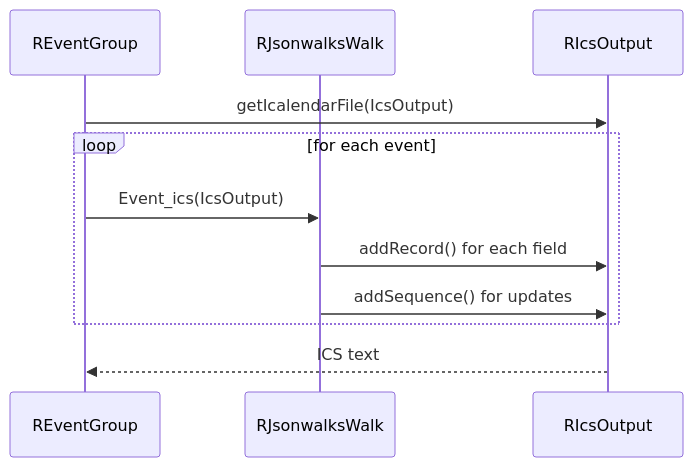
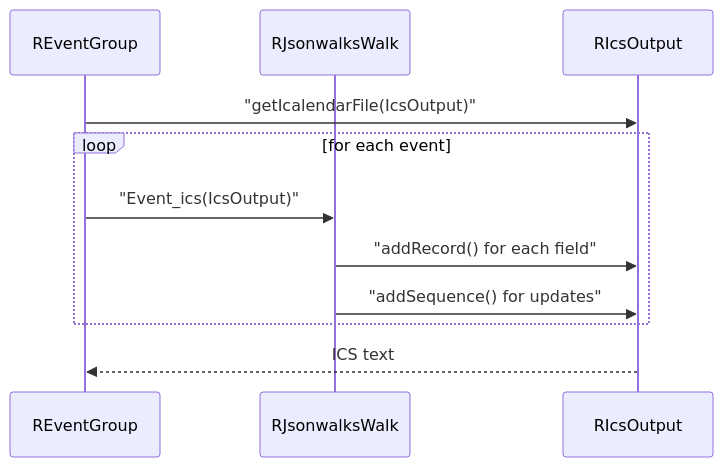
Before and after one commit to pauljrhodes/ramblers-library: the third of 3 diagrams in event/HLD.md, drawn with Mermaid. The commit also changed other lines of this file and 33 other files, not shown here.

First line of the commit message:
Normalize Mermaid diagrams for GitHub rendering (#13)

````diff
--- a/event/HLD.md
+++ b/event/HLD.md
@@ -202,14 +202,14 @@
 ```mermaid
 sequenceDiagram
     participant EventGroup as REventGroup
     participant Walk as RJsonwalksWalk
     participant IcsOutput as RIcsOutput
 
-    EventGroup->>IcsOutput: getIcalendarFile(IcsOutput)
+    EventGroup->>IcsOutput: "getIcalendarFile(IcsOutput)"
     loop for each event
-        EventGroup->>Walk: Event_ics(IcsOutput)
-        Walk->>IcsOutput: addRecord() for each field
-        Walk->>IcsOutput: addSequence() for updates
+        EventGroup->>Walk: "Event_ics(IcsOutput)"
+        Walk->>IcsOutput: "addRecord() for each field"
+        Walk->>IcsOutput: "addSequence() for updates"
     end
     IcsOutput-->>EventGroup: ICS text
 ```
````
